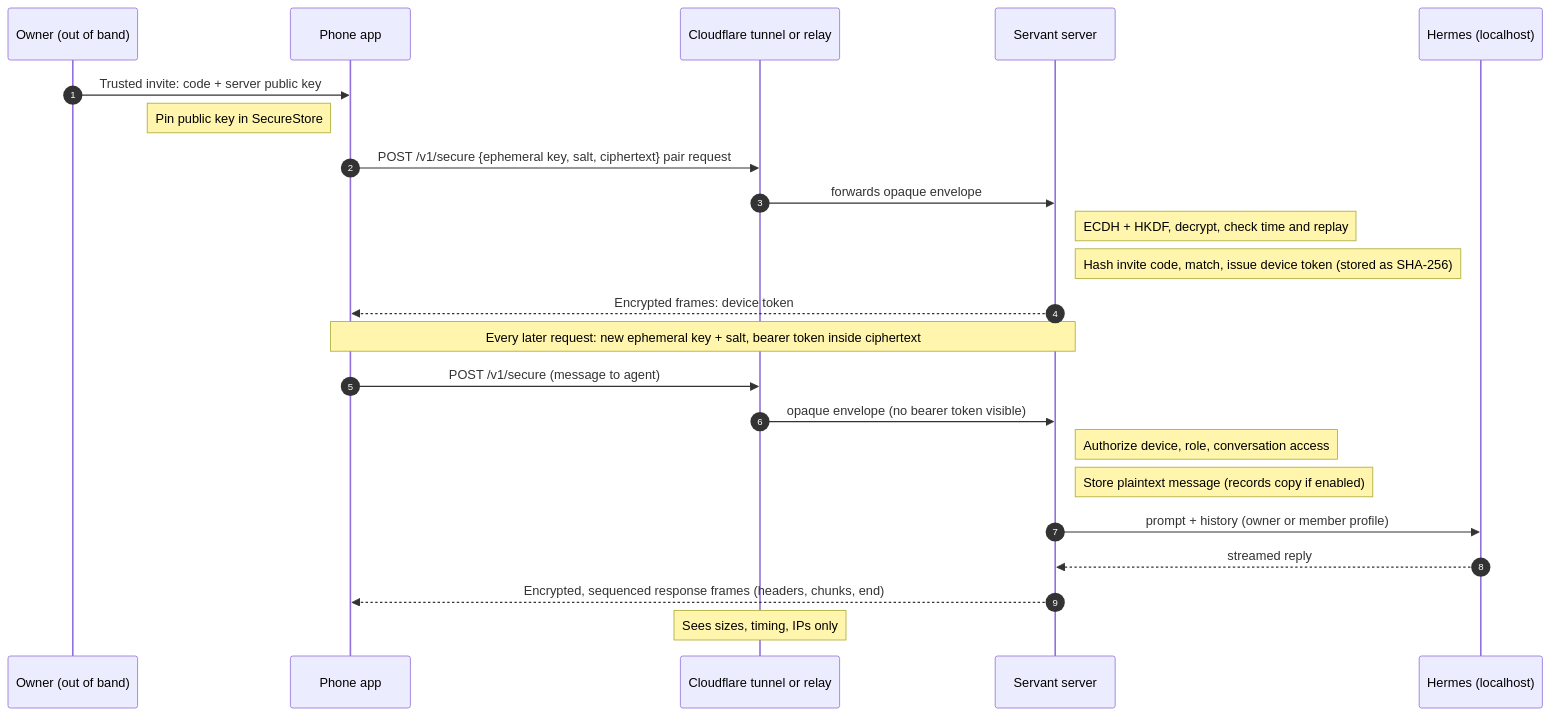
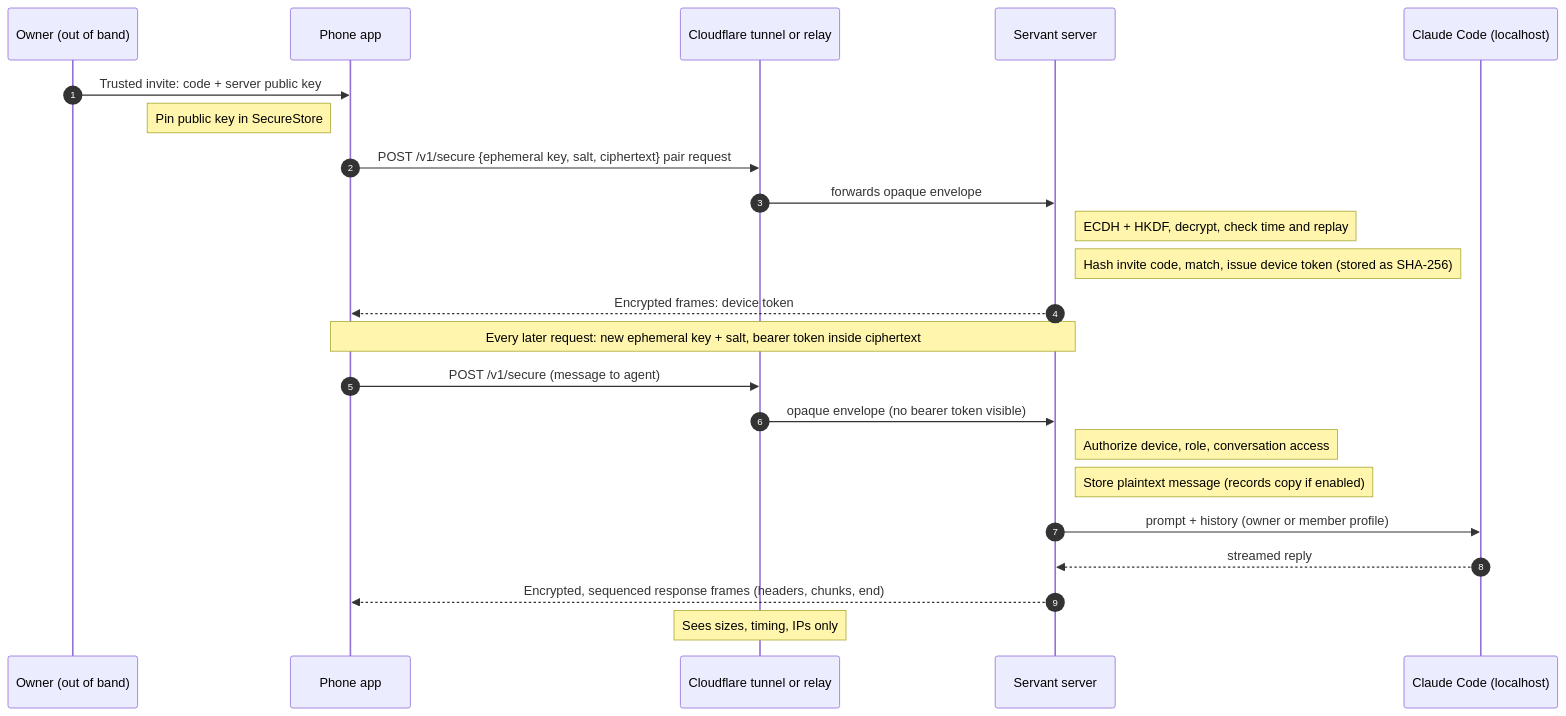
The diagram in docs/security-architecture/03-encrypted-request.mmd (slavingia/servant), drawn with Mermaid before and after one commit. The commit also changed 17 other files, not shown here.

Commit message:
Security architecture diagrams: label the agent Claude Code

```diff
--- a/docs/security-architecture/03-encrypted-request.mmd
+++ b/docs/security-architecture/03-encrypted-request.mmd
@@ -1,23 +1,23 @@
 sequenceDiagram
   autonumber
   participant O as Owner (out of band)
   participant P as Phone app
   participant C as Cloudflare tunnel or relay
   participant S as Servant server
-  participant H as Hermes (localhost)
+  participant H as Claude Code (localhost)
   O->>P: Trusted invite: code + server public key
   Note left of P: Pin public key in SecureStore
   P->>C: POST /v1/secure {ephemeral key, salt, ciphertext} pair request
   C->>S: forwards opaque envelope
   Note right of S: ECDH + HKDF, decrypt, check time and replay
   Note right of S: Hash invite code, match, issue device token (stored as SHA-256)
   S-->>P: Encrypted frames: device token
   Note over P,S: Every later request: new ephemeral key + salt, bearer token inside ciphertext
   P->>C: POST /v1/secure (message to agent)
   C->>S: opaque envelope (no bearer token visible)
   Note right of S: Authorize device, role, conversation access
   Note right of S: Store plaintext message (records copy if enabled)
   S->>H: prompt + history (owner or member profile)
   H-->>S: streamed reply
   S-->>P: Encrypted, sequenced response frames (headers, chunks, end)
   Note over C: Sees sizes, timing, IPs only
```
